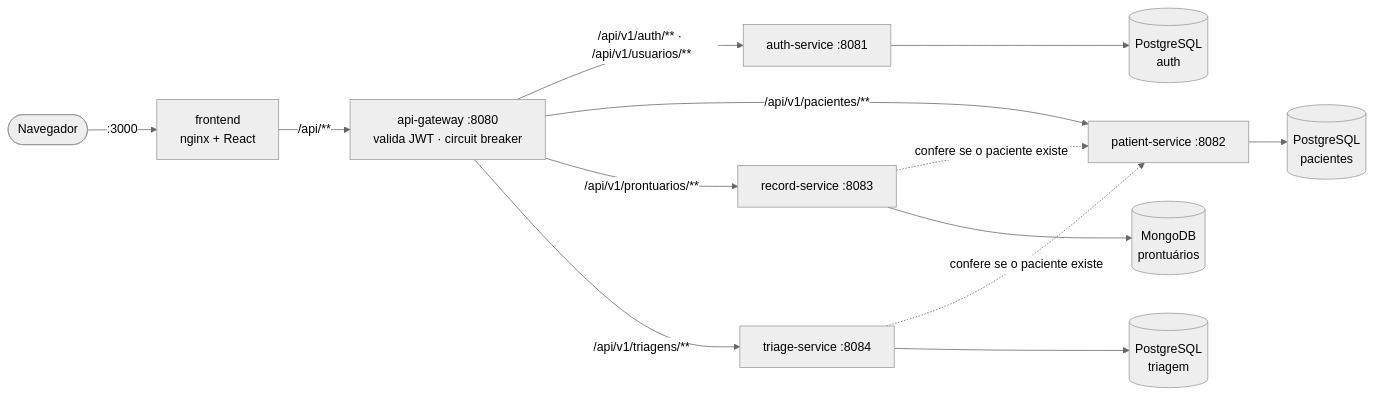
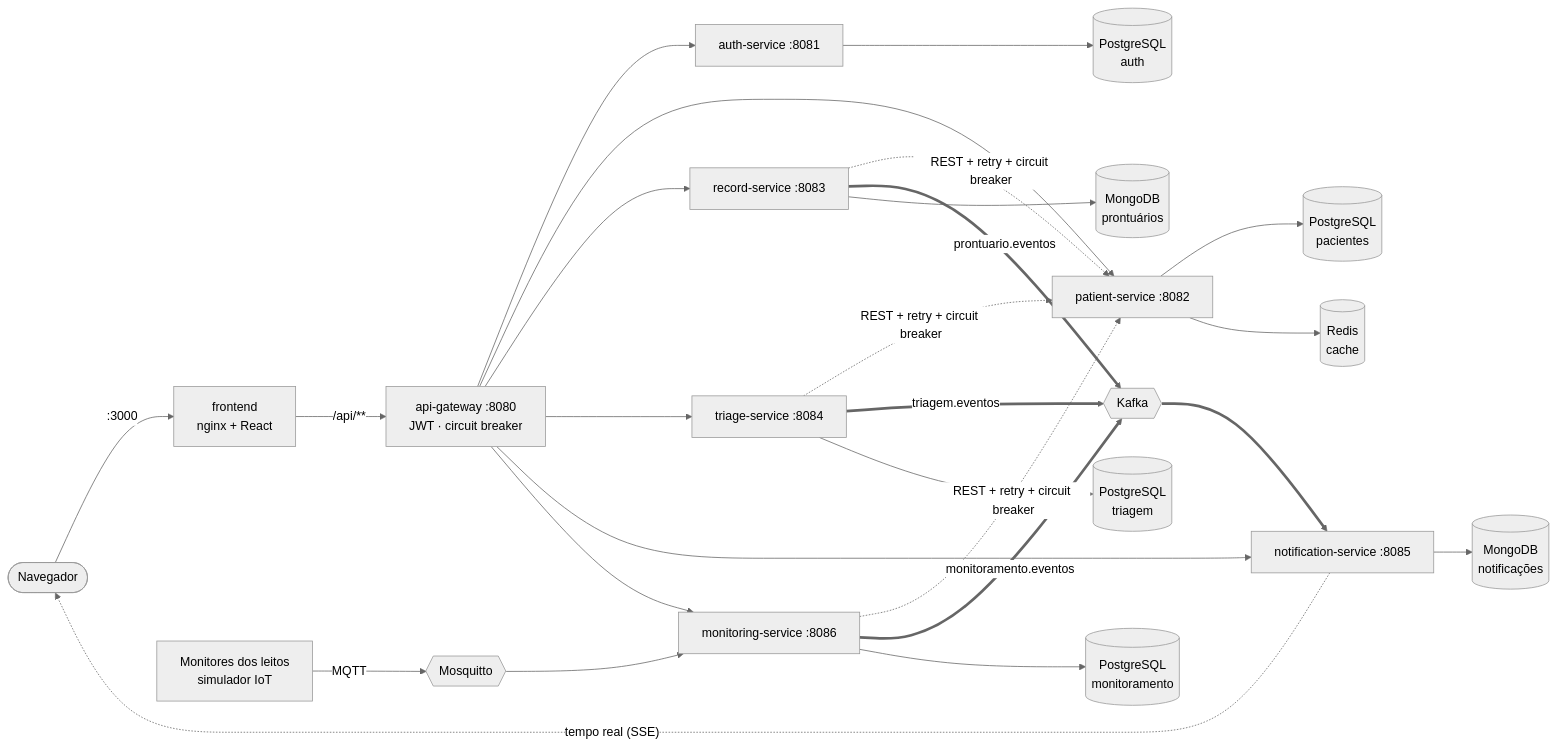
The diagram in README.md (fdans104/healthsys-distribuido), drawn with Mermaid (neutral theme) before and after one commit. The commit also changed other lines of this file and 154 other files, not shown here.

Commit message:
Semanas 5-6: Kafka, notificacoes, leitos com IoT/MQTT, resiliencia, Grafana e testes de falha

````diff
--- a/README.md
+++ b/README.md
@@ -32,15 +38,28 @@
 ```mermaid
 flowchart LR
     Browser([Navegador]) -->|":3000"| Nginx[frontend<br/>nginx + React]
-    Nginx -->|"/api/**"| GW[api-gateway :8080<br/>valida JWT · circuit breaker]
-    GW -->|"/api/v1/auth/** · /api/v1/usuarios/**"| Auth[auth-service :8081]
-    GW -->|"/api/v1/pacientes/**"| Pat[patient-service :8082]
-    GW -->|"/api/v1/prontuarios/**"| Rec[record-service :8083]
-    GW -->|"/api/v1/triagens/**"| Tri[triage-service :8084]
-    Rec -.->|"confere se o paciente existe"| Pat
-    Tri -.->|"confere se o paciente existe"| Pat
+    Nginx -->|"/api/**"| GW[api-gateway :8080<br/>JWT · circuit breaker]
+    GW --> Auth[auth-service :8081]
+    GW --> Pat[patient-service :8082]
+    GW --> Rec[record-service :8083]
+    GW --> Tri[triage-service :8084]
+    GW --> Not[notification-service :8085]
+    GW --> Mon[monitoring-service :8086]
+    Rec -.->|"REST + retry + circuit breaker"| Pat
+    Tri -.->|"REST + retry + circuit breaker"| Pat
+    Mon -.->|"REST + retry + circuit breaker"| Pat
+    Tri ==>|"triagem.eventos"| K{{Kafka}}
+    Rec ==>|"prontuario.eventos"| K
+    Mon ==>|"monitoramento.eventos"| K
+    K ==> Not
+    Not -.->|"tempo real (SSE)"| Browser
+    IoT[Monitores dos leitos<br/>simulador IoT] -->|"MQTT"| MQ{{Mosquitto}}
+    MQ --> Mon
     Auth --> PGA[(PostgreSQL<br/>auth)]
     Pat --> PGP[(PostgreSQL<br/>pacientes)]
+    Pat --> RD[(Redis<br/>cache)]
     Rec --> MG[(MongoDB<br/>prontuários)]
     Tri --> PGT[(PostgreSQL<br/>triagem)]
+    Not --> MGN[(MongoDB<br/>notificações)]
+    Mon --> PGM[(PostgreSQL<br/>monitoramento)]
 ```
````
